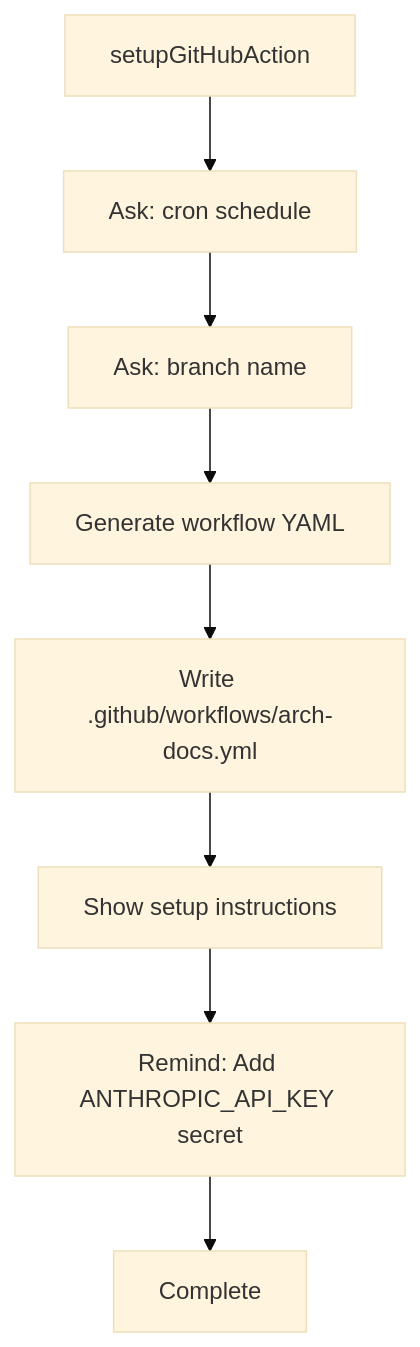
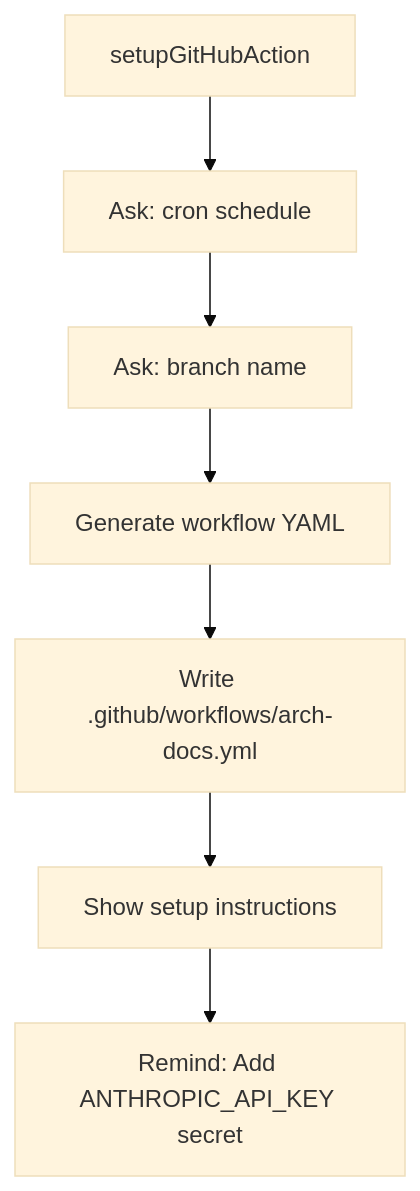
Before and after one commit to sergical/repo-architect: the diagram in docs/architecture/modules/github-action-setup.md, drawn with Mermaid (base theme). The commit also changed other lines of this file and 12 other files, not shown here.

Commit message:
Regenerate architecture docs

````diff
--- a/docs/architecture/modules/github-action-setup.md
+++ b/docs/architecture/modules/github-action-setup.md
@@ -16,10 +16,9 @@
 ```mermaid
 flowchart TD
     Start[setupGitHubAction] --> Prompt1[Ask: cron schedule]
     Prompt1 --> Prompt2[Ask: branch name]
     Prompt2 --> Generate[Generate workflow YAML]
     Generate --> Write[Write .github/workflows/arch-docs.yml]
     Write --> Instructions[Show setup instructions]
     Instructions --> Secrets[Remind: Add ANTHROPIC_API_KEY secret]
-    Secrets --> End[Complete]
 ```
````
